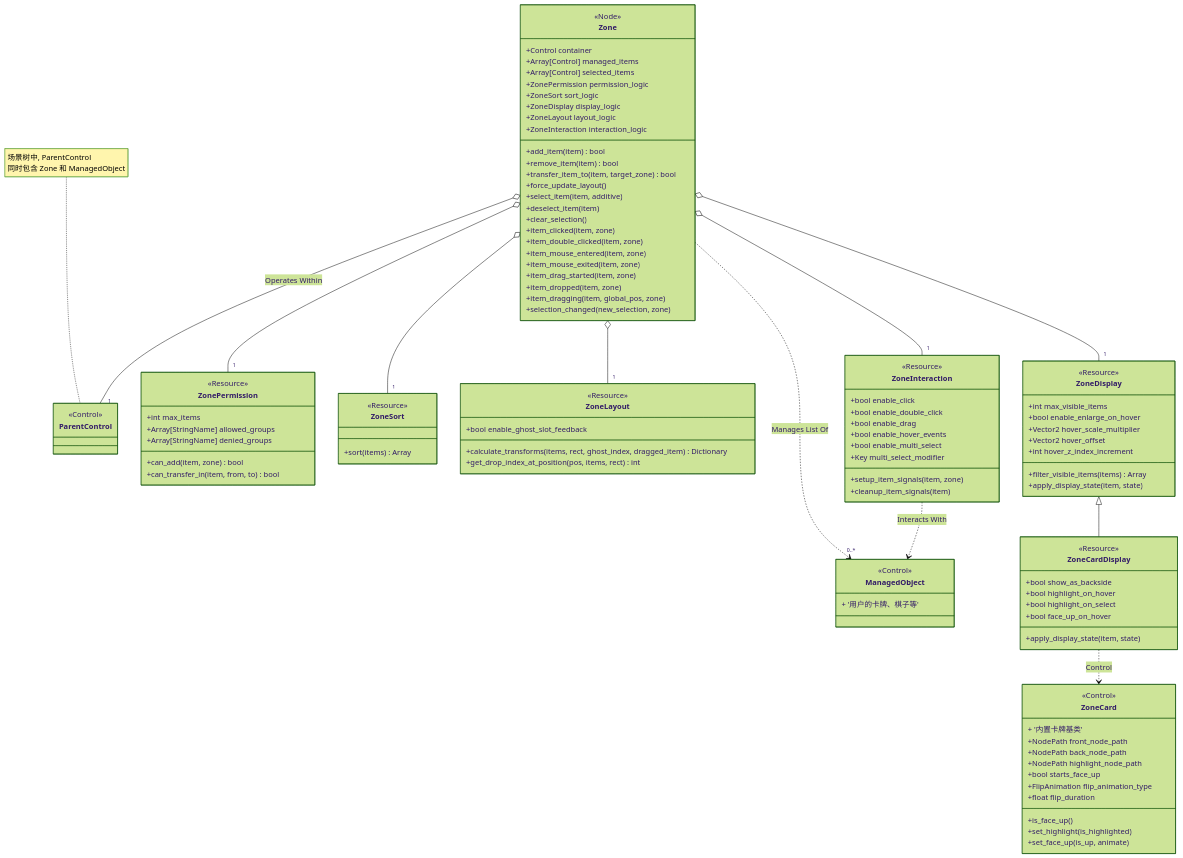
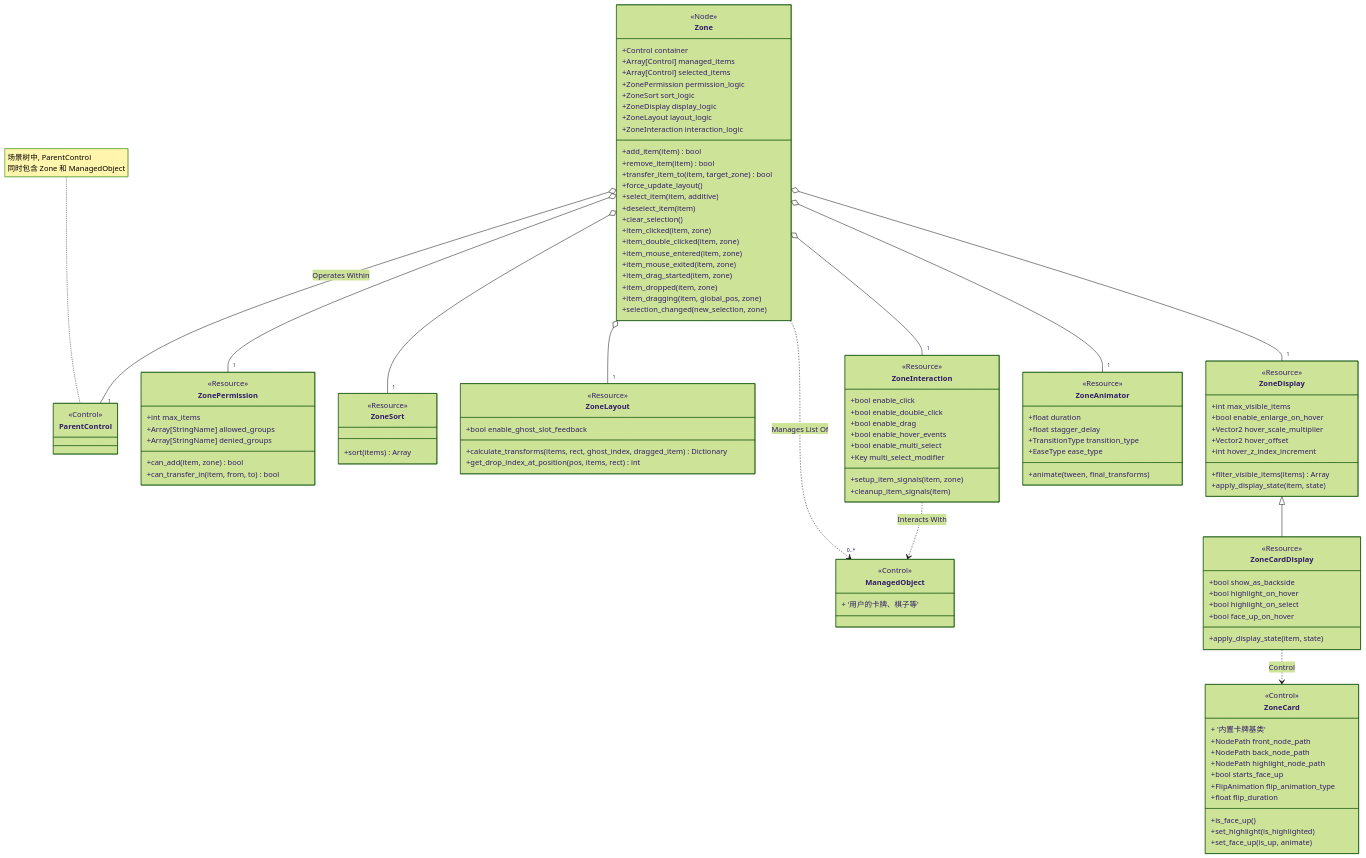
Before and after one commit to AmyF/nascent-soul: the second of 2 diagrams in README.md, drawn with Mermaid (forest theme). The commit also changed other lines of this file and 3 other files, not shown here.

```diff
--- a/README.md
+++ b/README.md
@@ -156,6 +158,16 @@
         +setup_item_signals(item, zone)
         +cleanup_item_signals(item)
     }
+    class ZoneAnimator {
+        <<Resource>>
+        <<Properties>>
+        +float duration
+        +float stagger_delay
+        +TransitionType transition_type
+        +EaseType ease_type
+        <<Methods>>
+        +animate(tween, final_transforms)
+    }
 
     %% --- User's Custom Implementation Example ---
     class ZoneCardDisplay {
@@ -194,6 +206,7 @@
     Zone o-- "1" ZoneLayout
     Zone o-- "1" ZoneDisplay
     Zone o-- "1" ZoneInteraction
+    Zone o-- "1" ZoneAnimator
 
     Zone ..> "0..*" ManagedObject : Manages List Of
 
```
